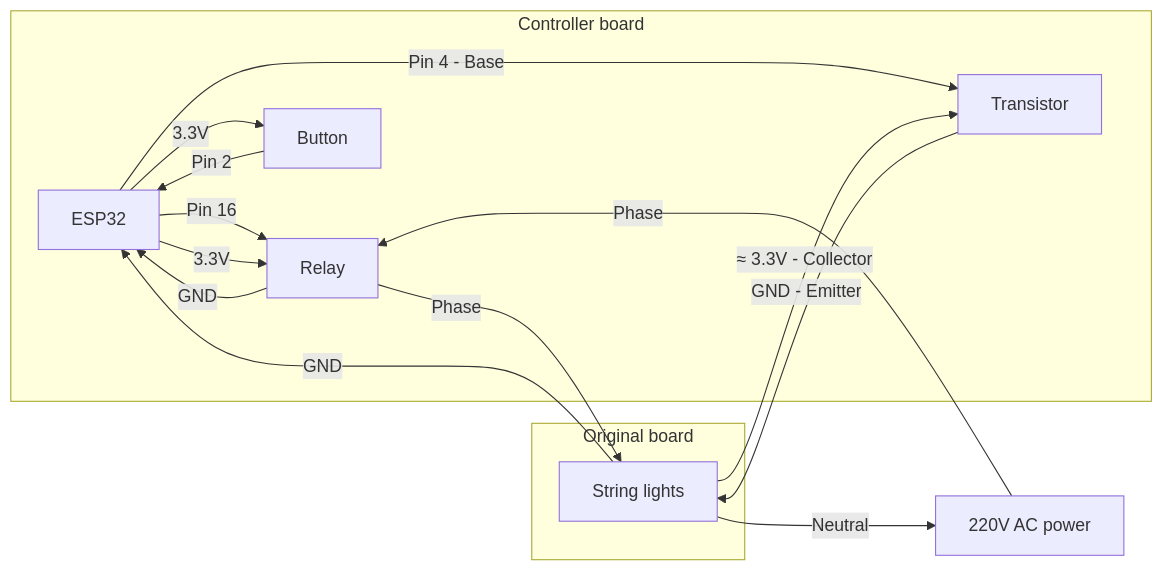
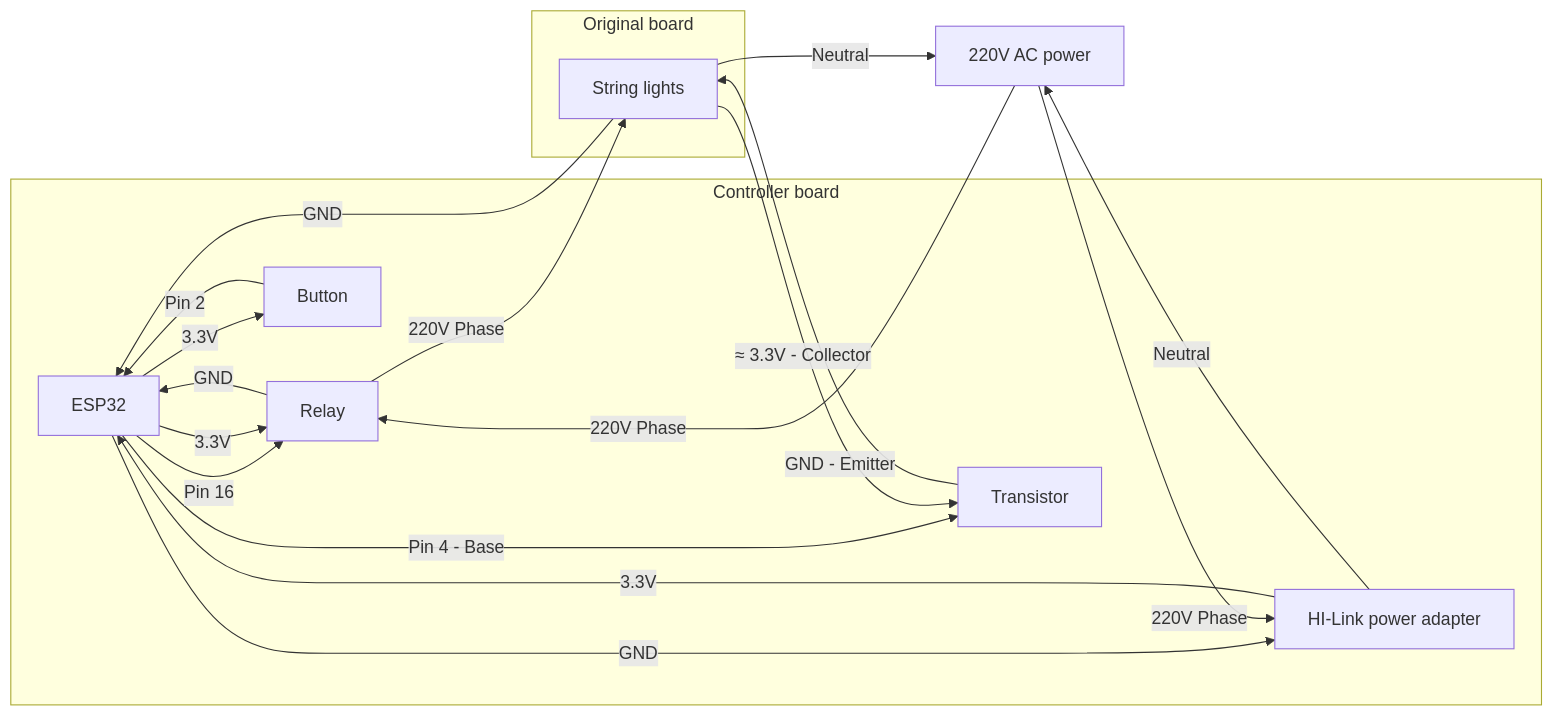
Before and after one commit to BSoDium/esp-string-lights: the diagram in README.md, drawn with Mermaid.

Commit message:
docs: update wiring diagram in README to include HI-Link power adapter connections

````diff
--- a/README.md
+++ b/README.md
@@ -23,21 +23,25 @@
 ```mermaid
 graph LR
     subgraph Controller board
       A[ESP32] -->|Pin 16| B[Relay]
       B -->|GND| A
       A -->|3.3V| B
       C[Button] -->|Pin 2| A
       A -->|3.3V| C
       A -->|Pin 4 - Base| D[Transistor]
+      G[HI-Link power adapter] -->|3.3V| A
+      A -->|GND| G
     end
 
     subgraph Original board
       D -->|GND - Emitter| E[String lights]
       E -->|≈ 3.3V - Collector| D
       E -->|GND| A
     end
 
-    F[220V AC power] -->|Phase| B
-    B -->|Phase| E
+    F[220V AC power] -->|220V Phase| B
+    B -->|220V Phase| E
     E -->|Neutral| F
+    F -->|220V Phase| G
+    G -->|Neutral| F
 ```
````
